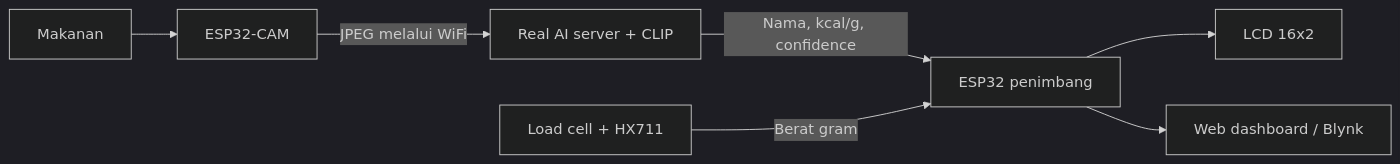
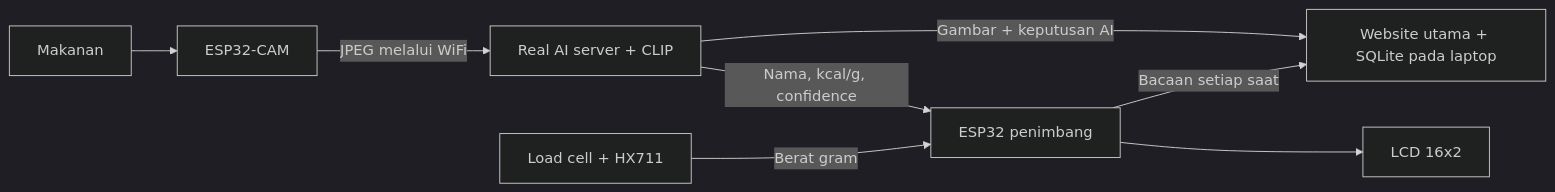
One commit to KASUZAZ/ai-food-nutrition-detection-system changed the diagram in README.md. Above: the diagram before and after it, drawn with Mermaid (dark theme). The commit also changed other lines of this file and 23 other files, not shown here.

Commit message:
Add unified NutriTrack website with Vercel Postgres, Blob and laptop bridge

````diff
--- a/README.md
+++ b/README.md
@@ -11,9 +26,10 @@
 ```mermaid
 flowchart LR
   A["Makanan"] --> B["ESP32-CAM"]
   B -->|"JPEG melalui WiFi"| C["Real AI server + CLIP"]
   C -->|"Nama, kcal/g, confidence"| D["ESP32 penimbang"]
   E["Load cell + HX711"] -->|"Berat gram"| D
   D --> F["LCD 16x2"]
-  D --> G["Web dashboard / Blynk"]
+  D -->|"Bacaan setiap saat"| G["Website utama + SQLite pada laptop"]
+  C -->|"Gambar + keputusan AI"| G
 ```
````
